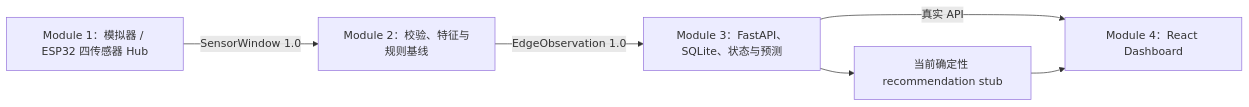
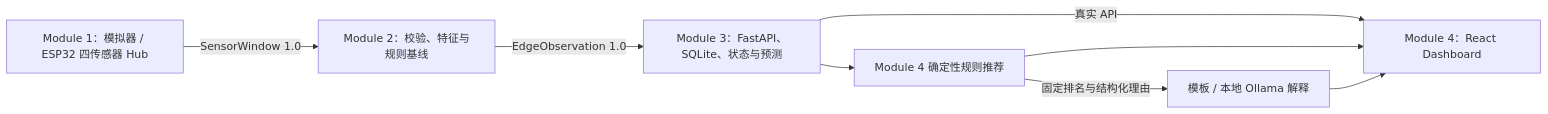
The diagram in README.md (Momoyo66c/privacy-preserving-study-space-advisor-public), drawn with Mermaid before and after one commit. The commit also changed other lines of this file and 35 other files, not shown here.

````diff
--- a/README.md
+++ b/README.md
@@ -13,8 +13,10 @@
 ```mermaid
 flowchart LR
     H["Module 1：模拟器 / ESP32 四传感器 Hub"] -->|"SensorWindow 1.0"| M["Module 2：校验、特征与规则基线"]
     M -->|"EdgeObservation 1.0"| B["Module 3：FastAPI、SQLite、状态与预测"]
     B -->|"真实 API"| D["Module 4：React Dashboard"]
-    B --> S["当前确定性 recommendation stub"]
+    B --> S["Module 4 确定性规则推荐"]
+    S -->|"固定排名与结构化理由"| L["模板 / 本地 Ollama 解释"]
     S --> D
+    L --> D
 ```
````
